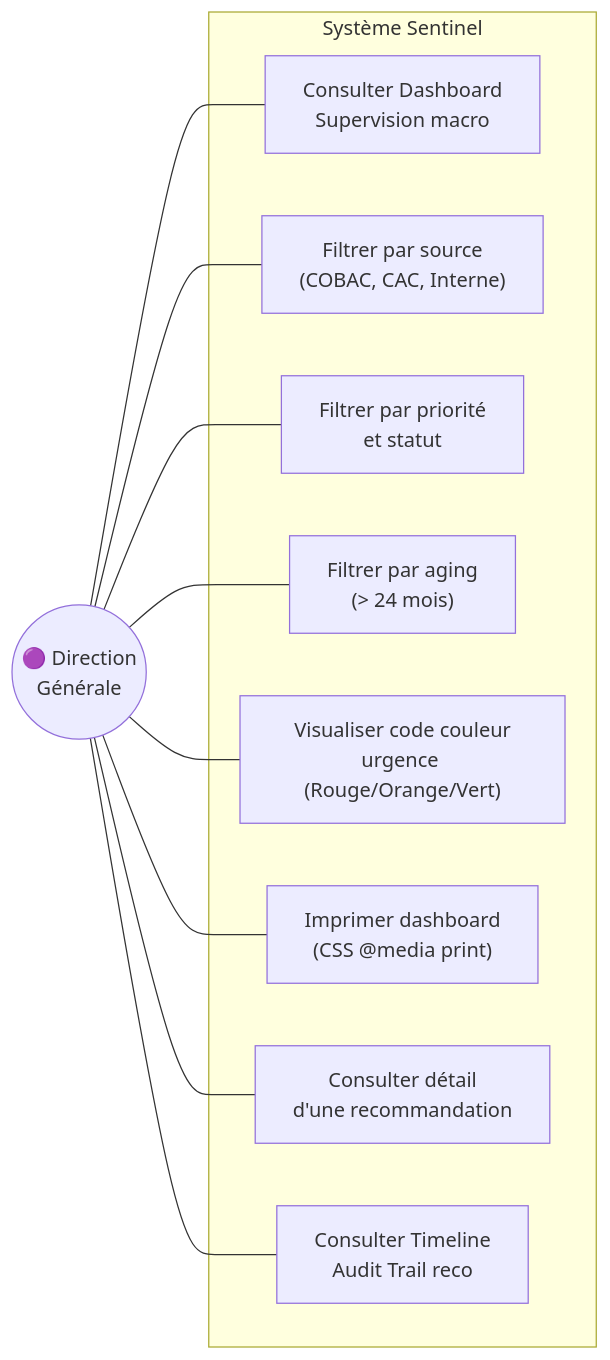
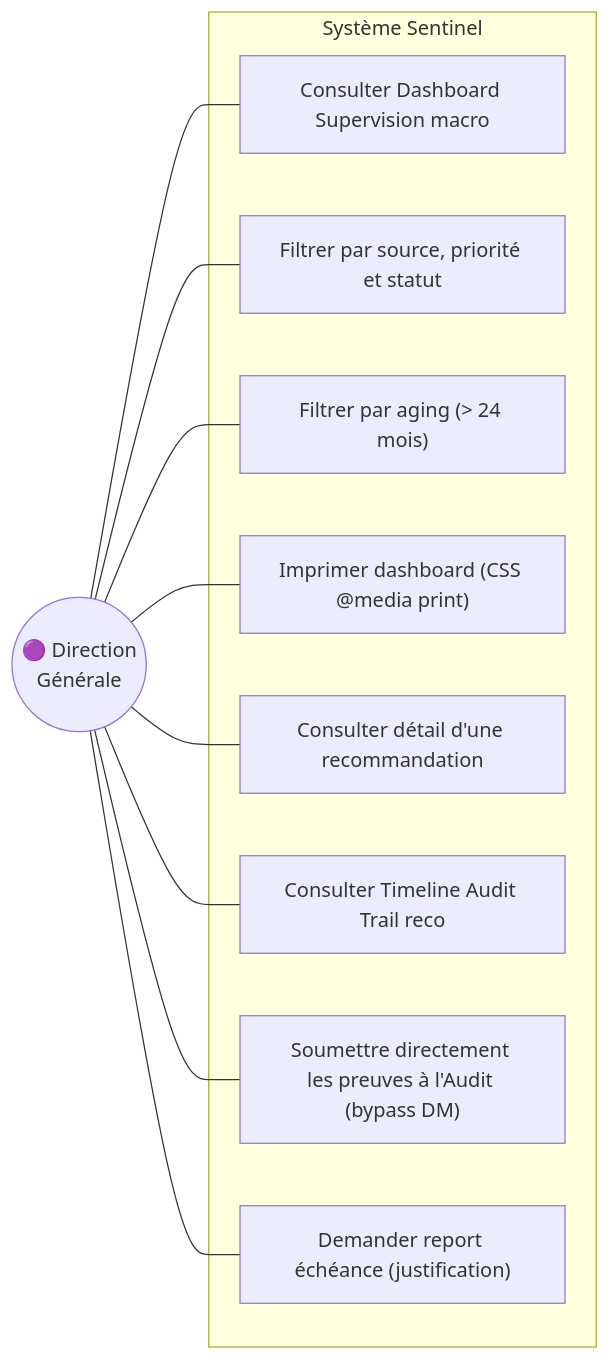
Diagram 17 of 26 in _bmad-output/planning-artifacts/system-diagrams.md (Tchendjou2003/bicec--Sentinel), drawn with Mermaid before and after one commit. The commit also changed other lines of this file, not shown here.

Commit message:
docs(bmad): mise à jour system-diagrams.md v2.0

````diff
--- a/_bmad-output/planning-artifacts/system-diagrams.md
+++ b/_bmad-output/planning-artifacts/system-diagrams.md
@@ -1133,24 +1194,24 @@
 ```mermaid
 flowchart LR
-    subgraph "Système Sentinel"
-        UC1["Consulter Dashboard\nSupervision macro"]
-        UC2["Filtrer par source\n(COBAC, CAC, Interne)"]
-        UC3["Filtrer par priorité\net statut"]
-        UC4["Filtrer par aging\n(> 24 mois)"]
-        UC5["Visualiser code couleur\nurgence (Rouge/Orange/Vert)"]
-        UC6["Imprimer dashboard\n(CSS @media print)"]
-        UC7["Consulter détail\nd'une recommandation"]
-        UC8["Consulter Timeline\nAudit Trail reco"]
-    end
+  subgraph "Système Sentinel"
+    UC1["Consulter Dashboard Supervision macro"]
+    UC2["Filtrer par source, priorité et statut"]
+    UC3["Filtrer par aging (> 24 mois)"]
+    UC4["Imprimer dashboard (CSS @media print)"]
+    UC5["Consulter détail d'une recommandation"]
+    UC6["Consulter Timeline Audit Trail reco"]
+    UC7["Soumettre directement les preuves à l'Audit (bypass DM)"]
+    UC8["Demander report échéance (justification)"]
+  end
 
-    DG(("🟣 Direction\nGénérale"))
+  DG(("🟣 Direction\nGénérale"))
 
-    DG --- UC1
-    DG --- UC2
-    DG --- UC3
-    DG --- UC4
-    DG --- UC5
-    DG --- UC6
-    DG --- UC7
-    DG --- UC8
+  DG --- UC1
+  DG --- UC2
+  DG --- UC3
+  DG --- UC4
+  DG --- UC5
+  DG --- UC6
+  DG --- UC7
+  DG --- UC8
 ```
````
